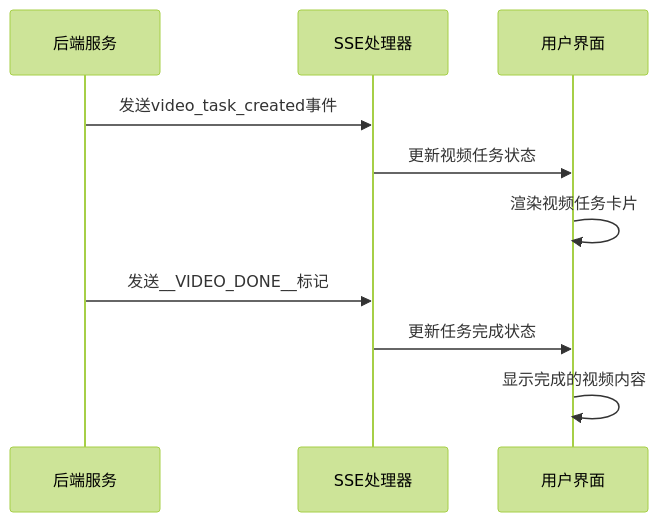
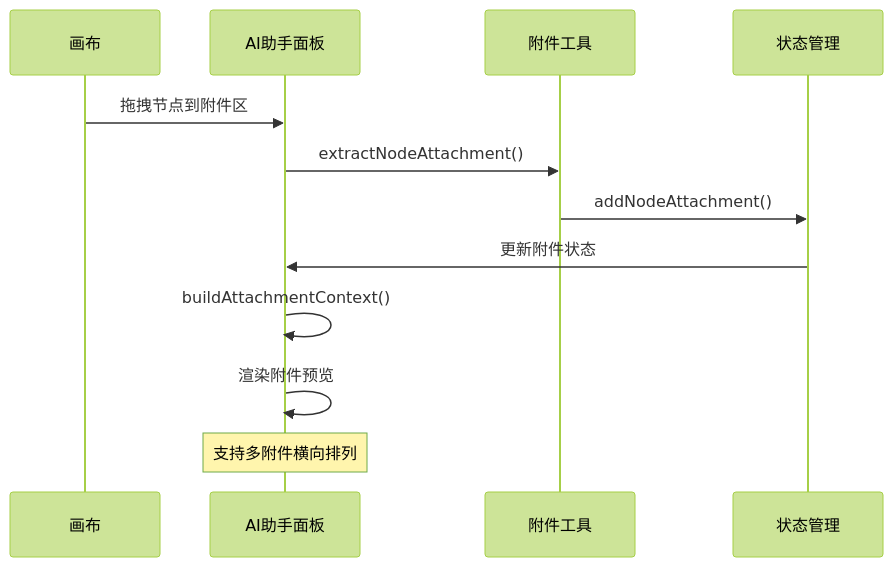
The sixth of 13 diagrams in .qoder/repowiki/zh/content/Chat Message Enhancement.md (KunLabAI/KunFlix), drawn with Mermaid (forest theme) before and after one commit. The commit also changed other lines of this file and 14 other files, not shown here.

````diff
--- a/.qoder/repowiki/zh/content/Chat Message Enhancement.md
+++ b/.qoder/repowiki/zh/content/Chat Message Enhancement.md
@@ -213,12 +268,14 @@
 ```mermaid
 sequenceDiagram
-participant Backend as 后端服务
-participant SSE as SSE处理器
-participant UI as 用户界面
-Backend->>SSE : 发送video_task_created事件
-SSE->>UI : 更新视频任务状态
-UI->>UI : 渲染视频任务卡片
-Backend->>SSE : 发送__VIDEO_DONE__标记
-SSE->>UI : 更新任务完成状态
-UI->>UI : 显示完成的视频内容
+participant Canvas as 画布
+participant Panel as AI助手面板
+participant Utils as 附件工具
+participant Store as 状态管理
+Canvas->>Panel : 拖拽节点到附件区
+Panel->>Utils : extractNodeAttachment()
+Utils->>Store : addNodeAttachment()
+Store->>Panel : 更新附件状态
+Panel->>Panel : buildAttachmentContext()
+Panel->>Panel : 渲染附件预览
+Note over Panel : 支持多附件横向排列
 ```
````
